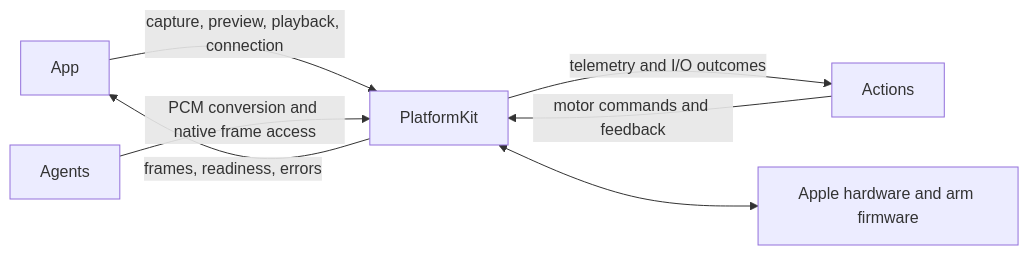
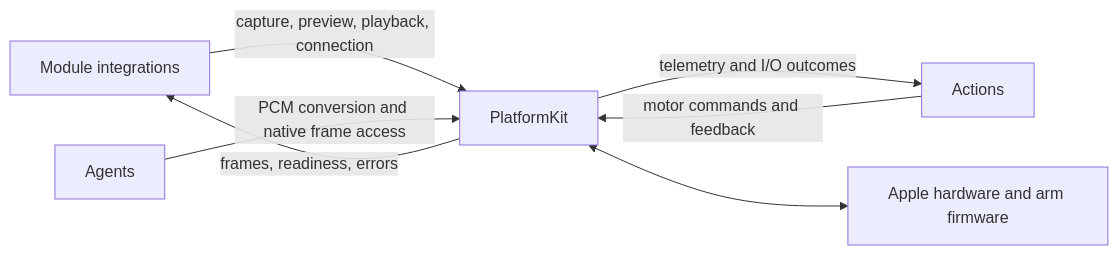
One commit to devilyouwei/MobileHarness changed the first of 2 diagrams in MobileHarness/PlatformKit/README.md. Above: the diagram before and after it, drawn with Mermaid. The commit also changed other lines of this file and 254 other files, not shown here.

First line of the commit message:
refactor: isolate app composition and module bindings

````diff
--- a/MobileHarness/PlatformKit/README.md
+++ b/MobileHarness/PlatformKit/README.md
@@ -15,9 +15,10 @@
 ```mermaid
 flowchart LR
- App -->|capture, preview, playback, connection| PlatformKit
+ Bindings[Module integrations]
+ Bindings -->|capture, preview, playback, connection| PlatformKit
  Actions -->|motor commands and feedback| PlatformKit
  Agents -->|PCM conversion and native frame access| PlatformKit
- PlatformKit -->|frames, readiness, errors| App
+ PlatformKit -->|frames, readiness, errors| Bindings
  PlatformKit -->|telemetry and I/O outcomes| Actions
  PlatformKit <--> Hardware[Apple hardware and arm firmware]
 ```
````
